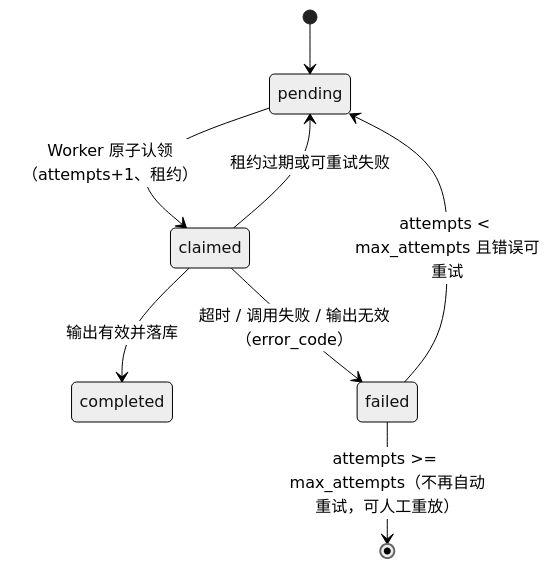
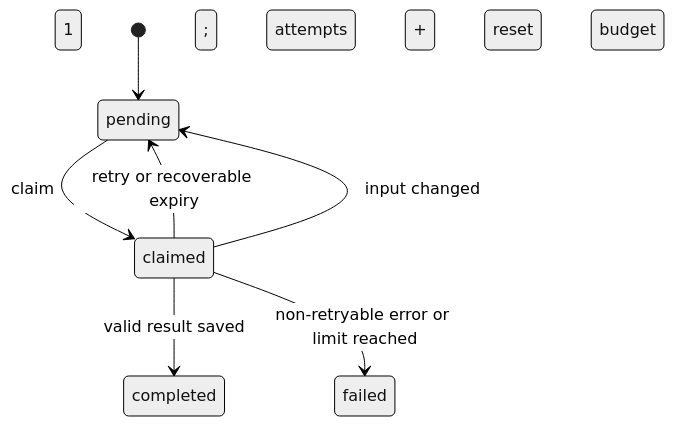
One commit to Fei-stack-wq/maie6000c-PRI changed the third of 6 diagrams in docs/architecture.md. Above: the diagram before and after it, drawn with Mermaid (neutral theme). The commit also changed other lines of this file and 41 other files, not shown here.

````diff
--- a/docs/architecture.md
+++ b/docs/architecture.md
@@ -274,10 +103,9 @@
 ```mermaid
 stateDiagram-v2
     [*] --> pending
-    pending --> claimed: Worker 原子认领（attempts+1、租约）
-    claimed --> completed: 输出有效并落库
-    claimed --> failed: 超时 / 调用失败 / 输出无效（error_code）
-    failed --> pending: attempts < max_attempts 且错误可重试
-    claimed --> pending: 租约过期或可重试失败
-    failed --> [*]: attempts >= max_attempts（不再自动重试，可人工重放）
+    pending --> claimed: claim; attempts + 1
+    claimed --> completed: valid result saved
+    claimed --> pending: retry or recoverable expiry
+    claimed --> failed: non-retryable error or limit reached
+    claimed --> pending: input changed; reset budget
 ```
````
